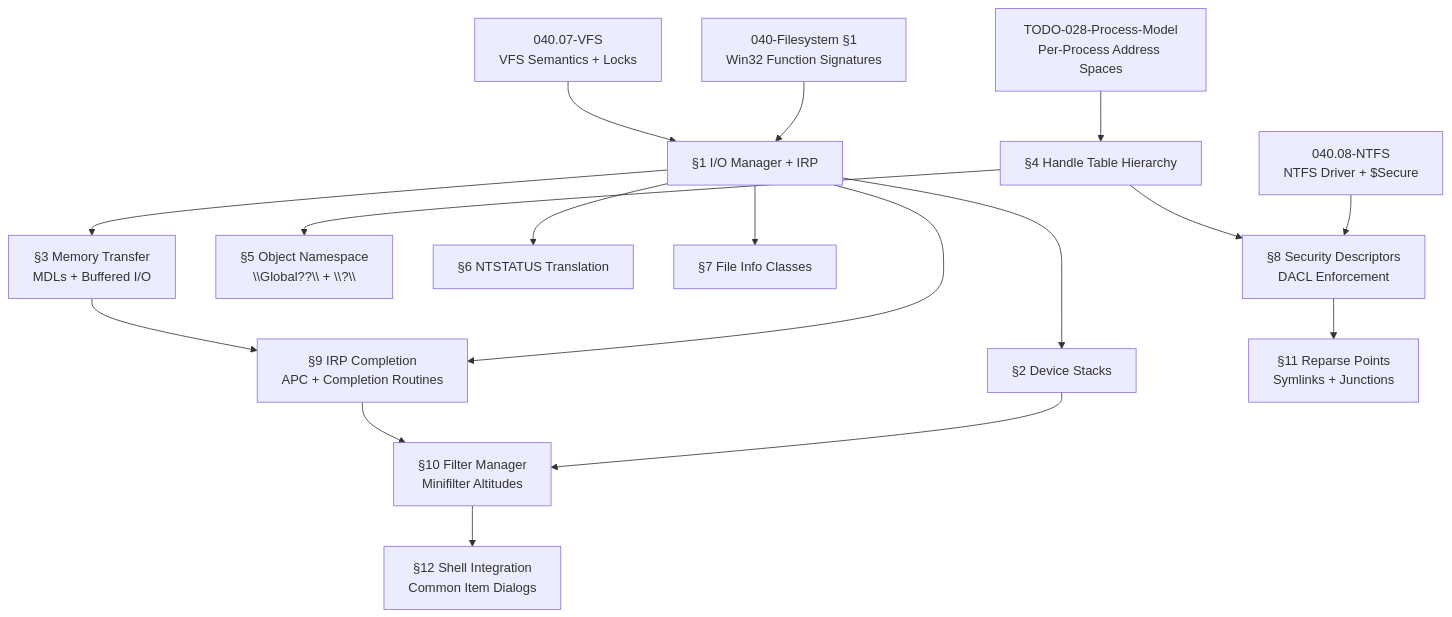
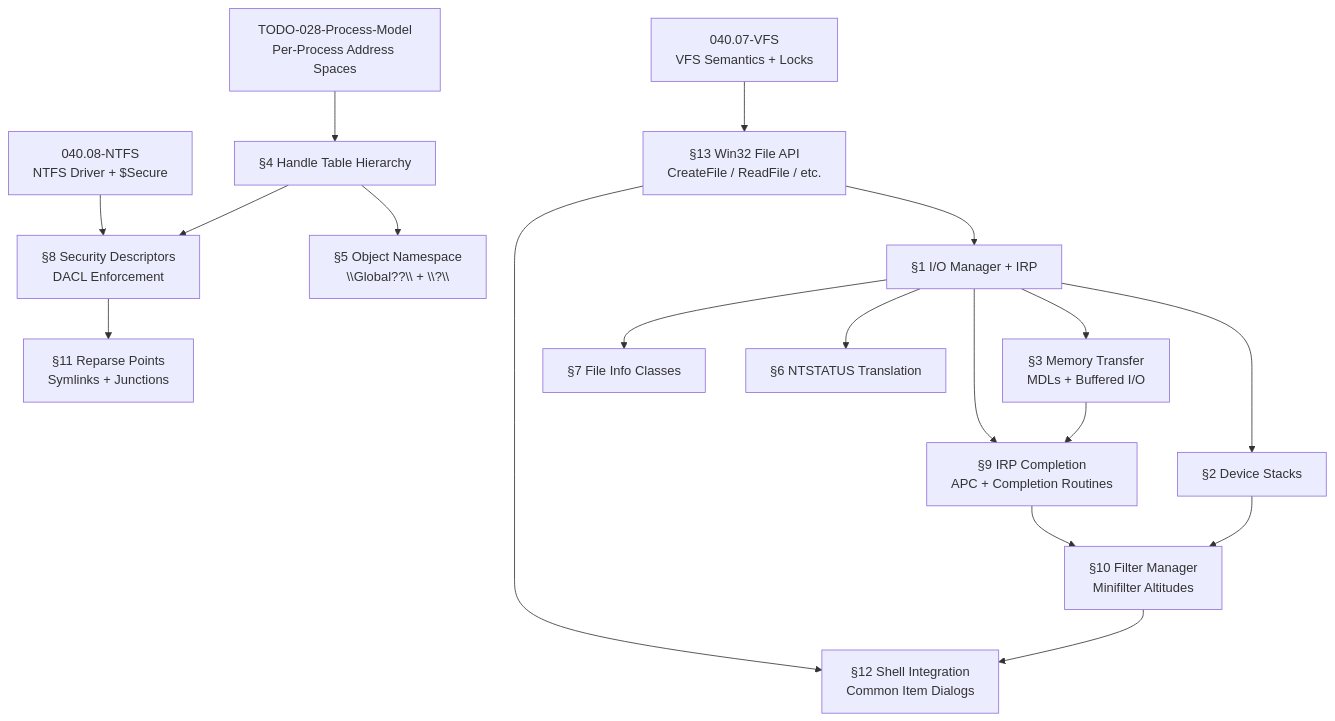
One commit to rizonesoft/impossible-os changed the diagram in todo/010-Kernel-Foundations/TODO-040-Filesystem/TODO-040.17-Win32-FS-API.md. Above: the diagram before and after it, drawn with Mermaid. The commit also changed other lines of this file and 2 other files, not shown here.

First line of the commit message:
todo: move Win32 File API §1 from master into TODO-040.17 §13

````diff
--- a/todo/010-Kernel-Foundations/TODO-040-Filesystem/TODO-040.17-Win32-FS-API.md
+++ b/todo/010-Kernel-Foundations/TODO-040-Filesystem/TODO-040.17-Win32-FS-API.md
@@ -49,38 +47,39 @@
 ```mermaid
 graph TD
-    MASTER["040-Filesystem §1<br/>Win32 Function Signatures"]
     VFS["040.07-VFS<br/>VFS Semantics + Locks"]
     NTFS["040.08-NTFS<br/>NTFS Driver + $Secure"]
     PROC["TODO-028-Process-Model<br/>Per-Process Address Spaces"]
 
+    M["§13 Win32 File API<br/>CreateFile / ReadFile / etc."]
     A["§1 I/O Manager + IRP"]
     B["§2 Device Stacks"]
     C["§3 Memory Transfer<br/>MDLs + Buffered I/O"]
     D["§4 Handle Table Hierarchy"]
     E["§5 Object Namespace<br/>\\Global??\\ + \\?\\"]
     F["§6 NTSTATUS Translation"]
     G["§7 File Info Classes"]
     H["§8 Security Descriptors<br/>DACL Enforcement"]
     I["§9 IRP Completion<br/>APC + Completion Routines"]
     J["§10 Filter Manager<br/>Minifilter Altitudes"]
     K["§11 Reparse Points<br/>Symlinks + Junctions"]
     L["§12 Shell Integration<br/>Common Item Dialogs"]
 
-    MASTER --> A
-    VFS --> A
+    VFS --> M
+    M --> A
     PROC --> D
 
     A --> B
     A --> C
     A --> I
     B --> J
     C --> I
     D --> E
     A --> F
     A --> G
     NTFS --> H
     D --> H
     I --> J
     H --> K
     J --> L
+    M --> L
 ```
````
